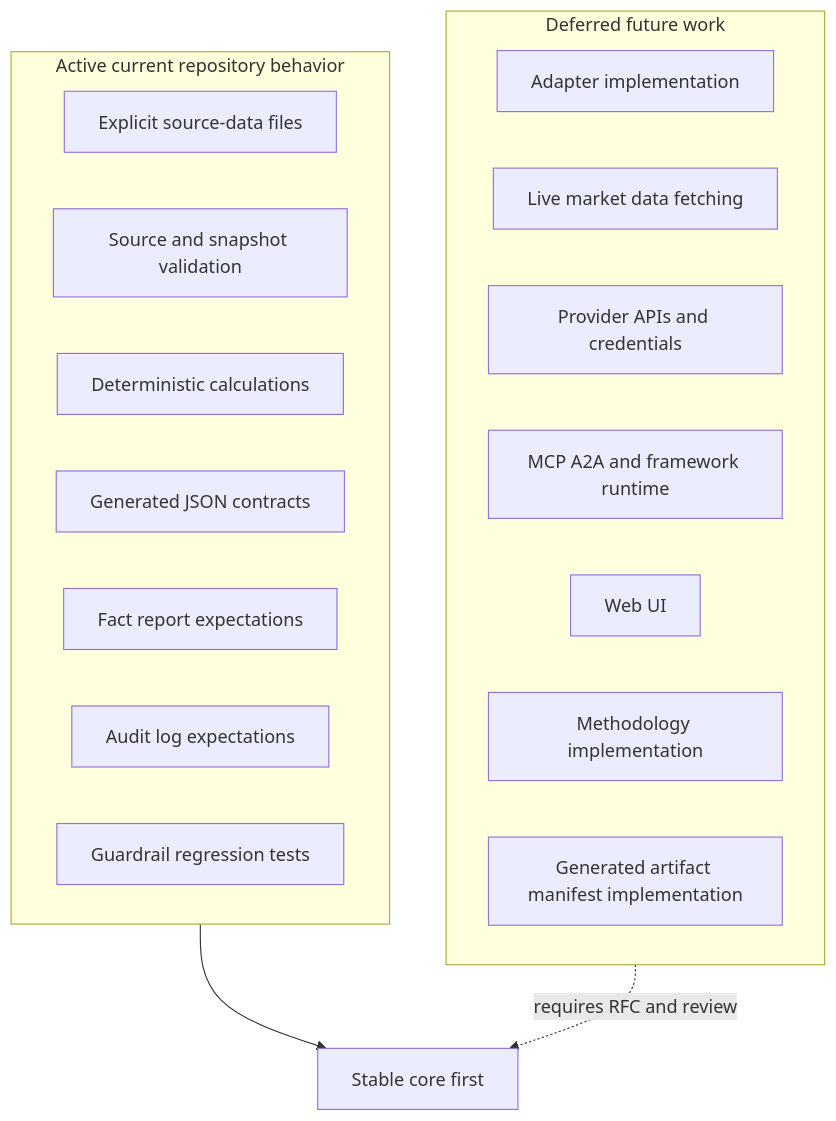
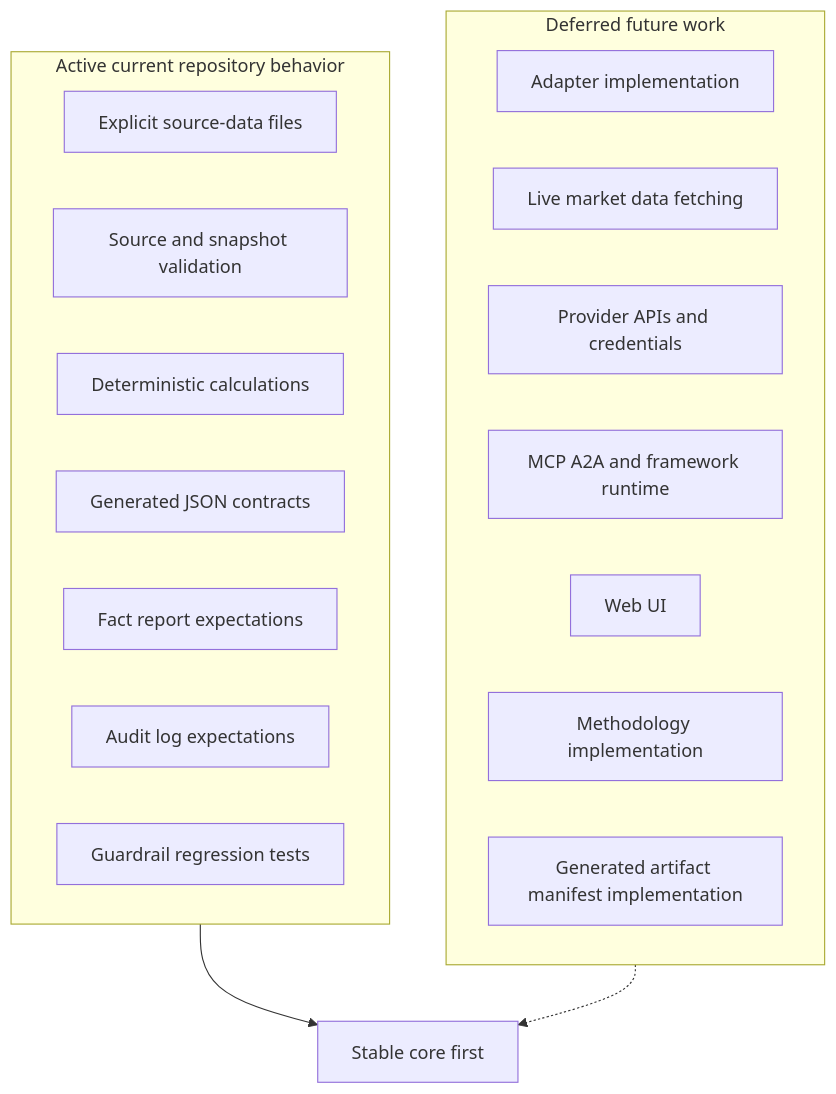
One commit to akkbkk10/Aktienanalyse-Agent changed the third of 3 diagrams in docs/ARCHITECTURE_VISUAL_OVERVIEW.md. Above: the diagram before and after it, drawn with Mermaid. The commit also changed other lines of this file, not shown here.

Commit message:
Use GitHub-safe Mermaid dotted edges (#128)

````diff
--- a/docs/ARCHITECTURE_VISUAL_OVERVIEW.md
+++ b/docs/ARCHITECTURE_VISUAL_OVERVIEW.md
@@ -111,25 +111,25 @@
 ```mermaid
 flowchart TB
     subgraph Active["Active current repository behavior"]
         A1["Explicit source-data files"]
         A2["Source and snapshot validation"]
         A3["Deterministic calculations"]
         A4["Generated JSON contracts"]
         A5["Fact report expectations"]
         A6["Audit log expectations"]
         A7["Guardrail regression tests"]
     end
 
     subgraph Deferred["Deferred future work"]
         D1["Adapter implementation"]
         D2["Live market data fetching"]
         D3["Provider APIs and credentials"]
         D4["MCP A2A and framework runtime"]
         D5["Web UI"]
         D6["Methodology implementation"]
         D7["Generated artifact manifest implementation"]
     end
 
     Active --> Stable["Stable core first"]
-    Deferred -. "requires RFC and review" .-> Stable
+    Deferred -.-> Stable
 ```
````
